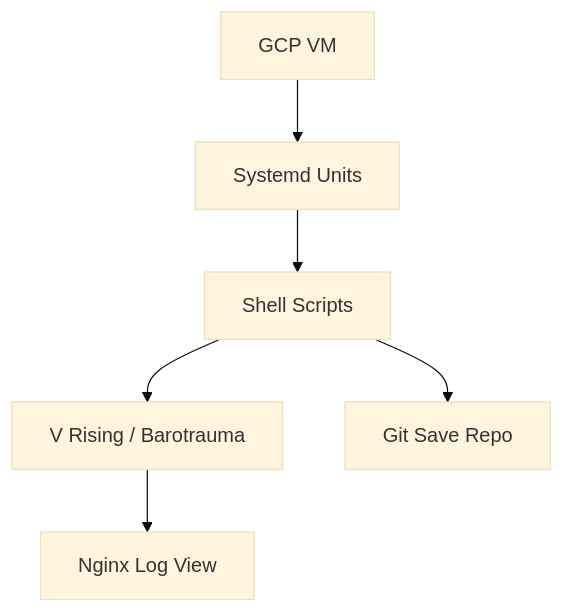
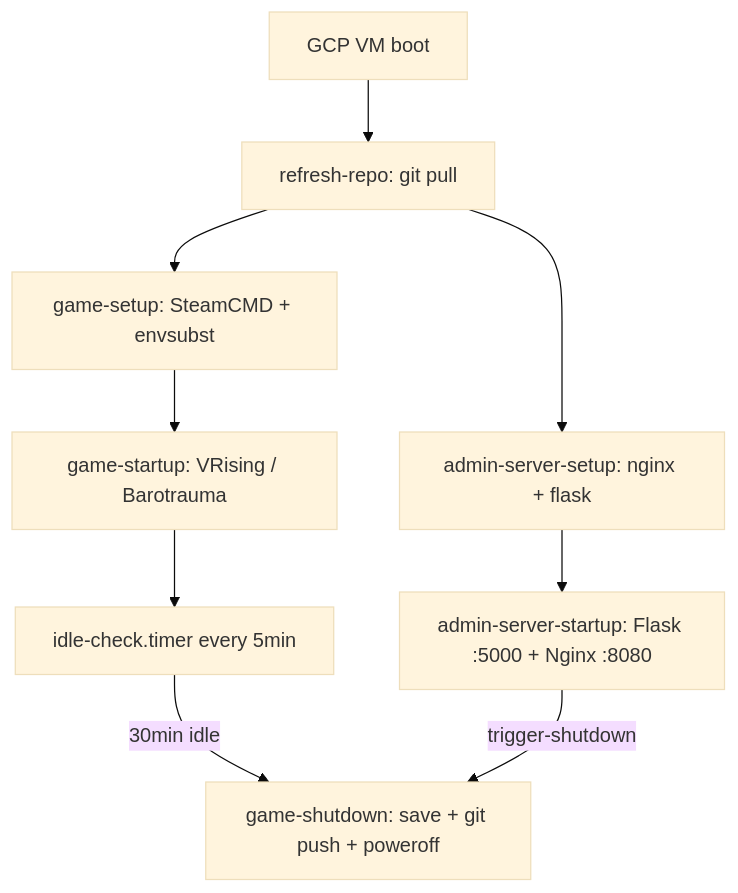
The diagram in docs/ai_primer.md (bwinter/baroboys), drawn with Mermaid (base theme) before and after one commit. The commit also changed other lines of this file, not shown here.

````diff
--- a/docs/ai_primer.md
+++ b/docs/ai_primer.md
@@ -104,15 +119,11 @@
 ```mermaid
 flowchart TD
-    GCP[GCP VM]
-    Game[V Rising / Barotrauma]
-    Systemd[Systemd Units]
-    Scripts[Shell Scripts]
-    Git[Git Save Repo]
-    Logs[Nginx Log View]
-
-    GCP --> Systemd
-    Systemd --> Scripts
-    Scripts --> Game
-    Game --> Logs
-    Scripts --> Git
+    GCP[GCP VM boot] --> RefreshRepo[refresh-repo: git pull]
+    RefreshRepo --> Setup[game-setup: SteamCMD + envsubst]
+    RefreshRepo --> AdminSetup[admin-server-setup: nginx + flask]
+    Setup --> Game[game-startup: VRising / Barotrauma]
+    AdminSetup --> Admin[admin-server-startup: Flask :5000 + Nginx :8080]
+    Game --> IdleCheck[idle-check.timer every 5min]
+    IdleCheck -->|30min idle| Shutdown[game-shutdown: save + git push + poweroff]
+    Admin -->|trigger-shutdown| Shutdown
 ```
````
